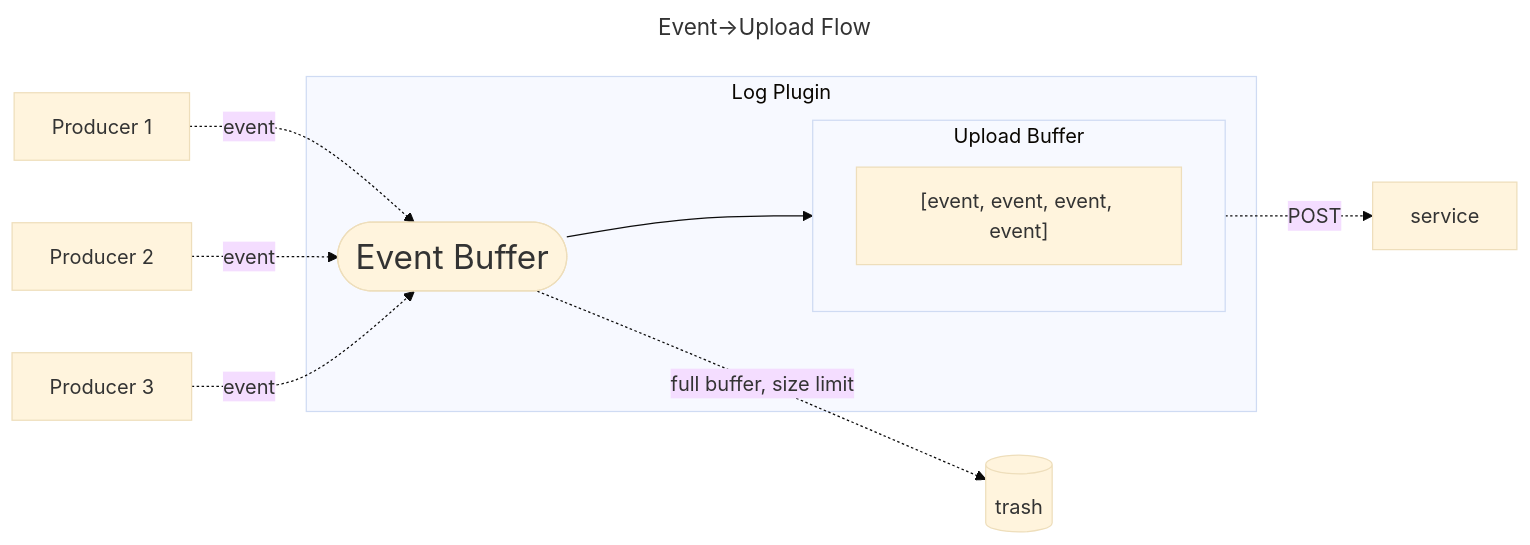
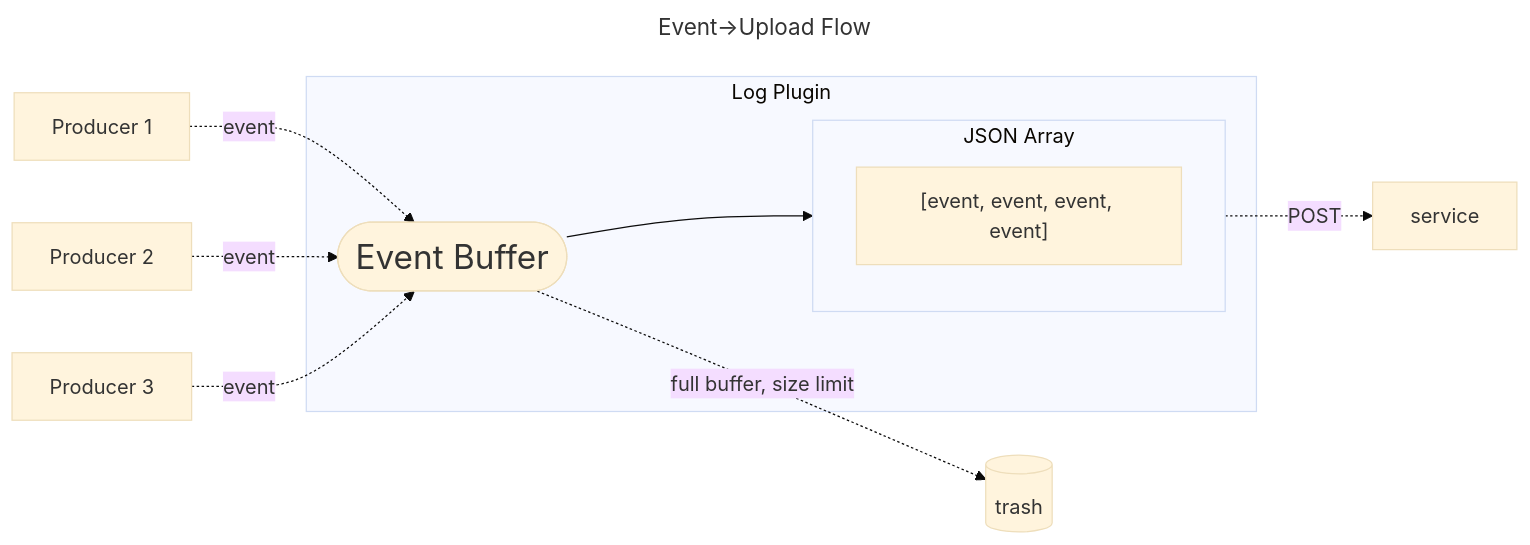
One commit to sspaink/opa changed the diagram in v1/plugins/logs/README.md. Above: the diagram before and after it, drawn with Mermaid (base theme). The commit also changed 2 other files, not shown here.

Commit message:
add overflow event to upload buffer instead of event buffer

````diff
--- a/v1/plugins/logs/README.md
+++ b/v1/plugins/logs/README.md
@@ -8,19 +8,19 @@
 ```mermaid
 ---
 title: Event->Upload Flow
 ---
 flowchart LR
     id2([Event Buffer]):::large -. full buffer, size limit .-> id1[(trash)]
     1["Producer 1"] -. event .-> id2
     2["Producer 2"] -. event .-> id2
     3["Producer 3"] -. event .-> id2
     subgraph log [Log Plugin]
         id2 --> package
-        subgraph package [Upload Buffer]
+        subgraph package [JSON Array]
             A["[event, event, event, event]"]
         end
     end
     package -. POST .-> service
     classDef large font-size:20pt;
     
 ```
````
